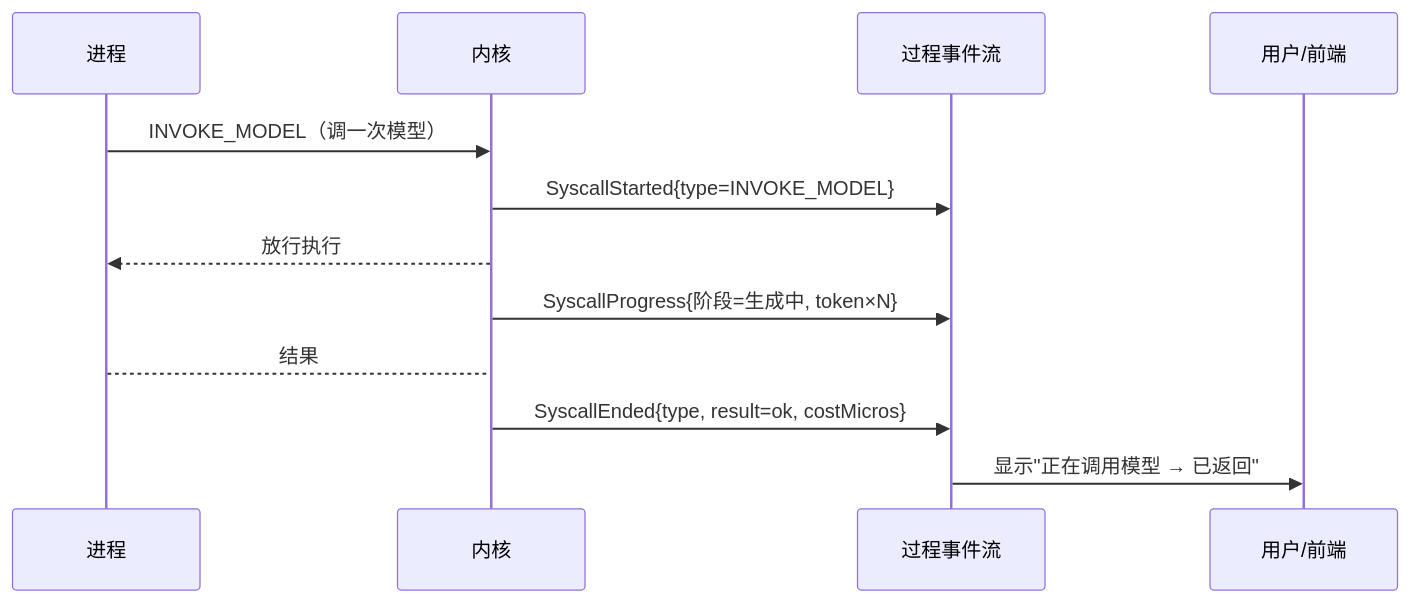
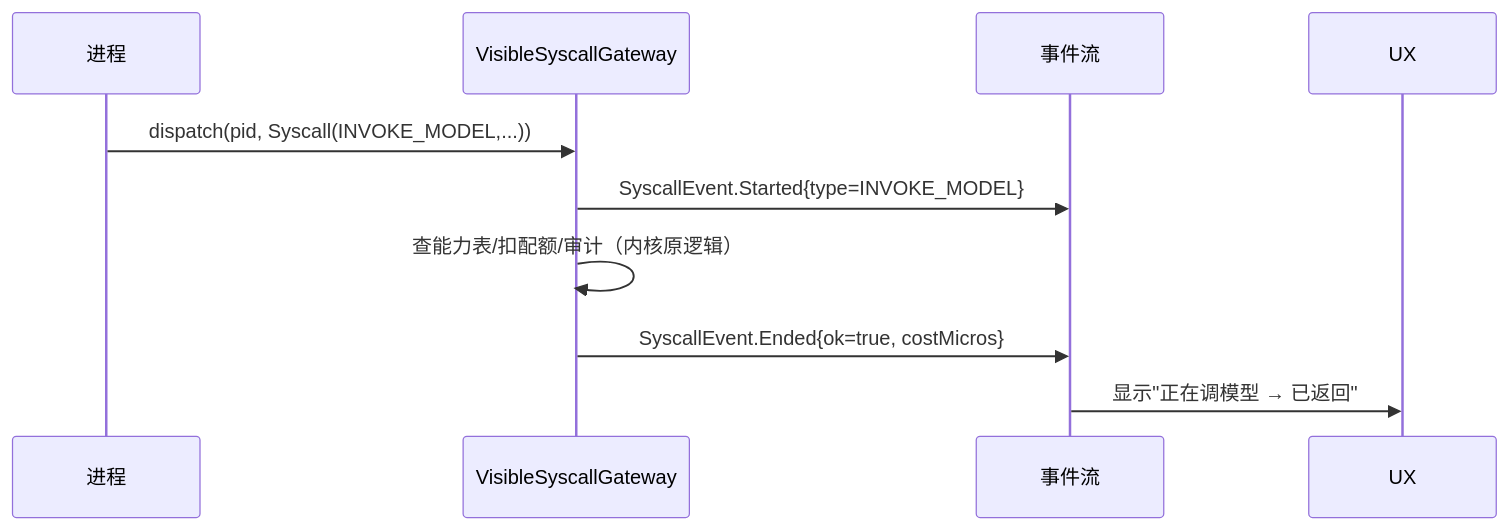
One commit to UranusGit/java-agent-learn changed the second of 2 diagrams in docs/项目/15-企业级Agent操作系统内核/03-迭代二-系统调用与能力模型.md. Above: the diagram before and after it, drawn with Mermaid. The commit also changed other lines of this file and 21 other files, not shown here.

````diff
--- a/docs/项目/15-企业级Agent操作系统内核/03-迭代二-系统调用与能力模型.md
+++ b/docs/项目/15-企业级Agent操作系统内核/03-迭代二-系统调用与能力模型.md
@@ -123,14 +148,11 @@
 ```mermaid
 sequenceDiagram
     participant P as 进程
-    participant K as 内核
-    participant EV as 过程事件流
-    participant UX as 用户/前端
-    P->>K: INVOKE_MODEL（调一次模型）
-    K->>EV: SyscallStarted{type=INVOKE_MODEL}
-    K-->>P: 放行执行
-    K->>EV: SyscallProgress{阶段=生成中, token×N}
-    P-->K: 结果
-    K->>EV: SyscallEnded{type, result=ok, costMicros}
-    EV->>UX: 显示"正在调用模型 → 已返回"
+    participant W as VisibleSyscallGateway
+    participant EV as 事件流
+    P->>W: dispatch(pid, Syscall(INVOKE_MODEL,...))
+    W->>EV: SyscallEvent.Started{type=INVOKE_MODEL}
+    W->>W: 查能力表/扣配额/审计（内核原逻辑）
+    W->>EV: SyscallEvent.Ended{ok=true, costMicros}
+    EV->>UX: 显示"正在调模型 → 已返回"
 ```
````
